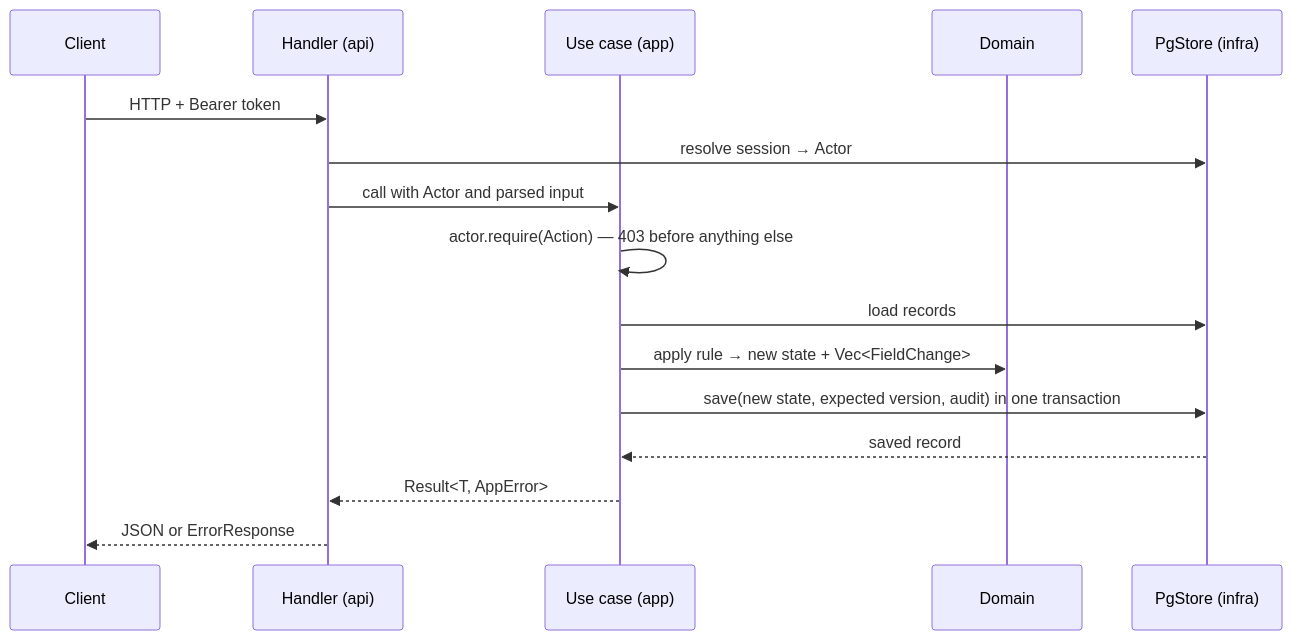
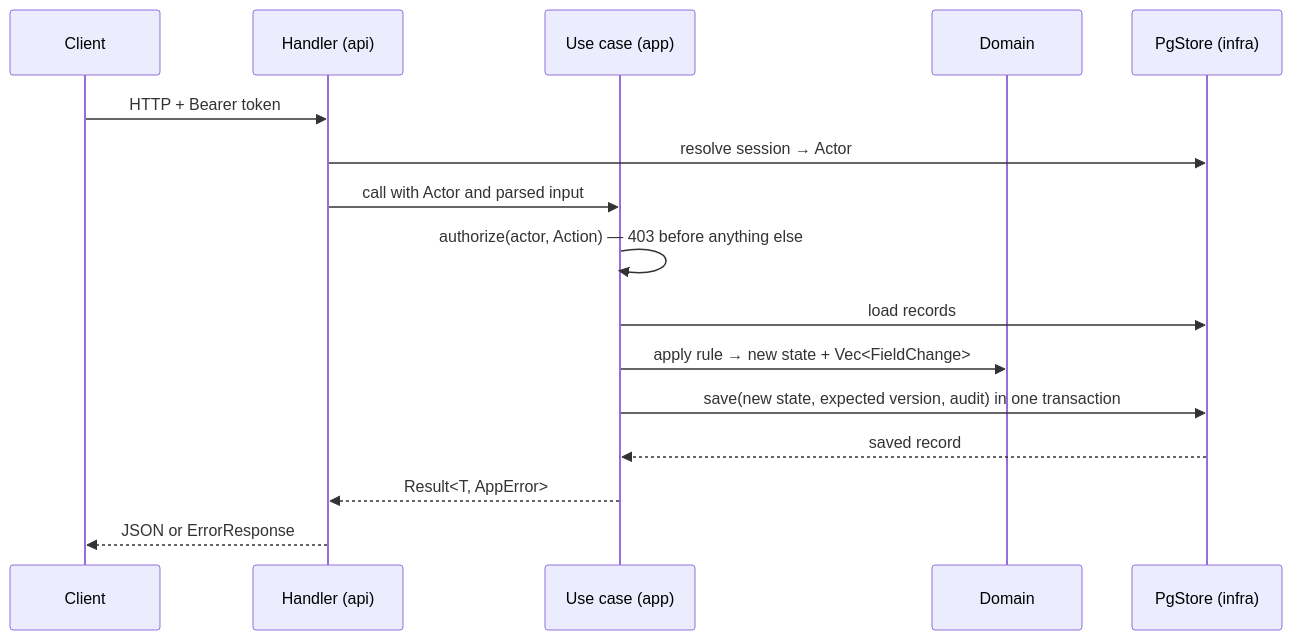
One commit to dmutr06/fix-ops changed the second of 2 diagrams in docs/architecture.md. Above: the diagram before and after it, drawn with Mermaid. The commit also changed other lines of this file and 1 other file, not shown here.

````diff
--- a/docs/architecture.md
+++ b/docs/architecture.md
@@ -32,18 +32,18 @@
 ```mermaid
 sequenceDiagram
     participant C as Client
     participant H as Handler (api)
     participant U as Use case (app)
     participant D as Domain
     participant S as PgStore (infra)
     C->>H: HTTP + Bearer token
     H->>S: resolve session → Actor
     H->>U: call with Actor and parsed input
-    U->>U: actor.require(Action) — 403 before anything else
+    U->>U: authorize(actor, Action) — 403 before anything else
     U->>S: load records
     U->>D: apply rule → new state + Vec<FieldChange>
     U->>S: save(new state, expected version, audit) in one transaction
     S-->>U: saved record
     U-->>H: Result<T, AppError>
     H-->>C: JSON or ErrorResponse
 ```
````
